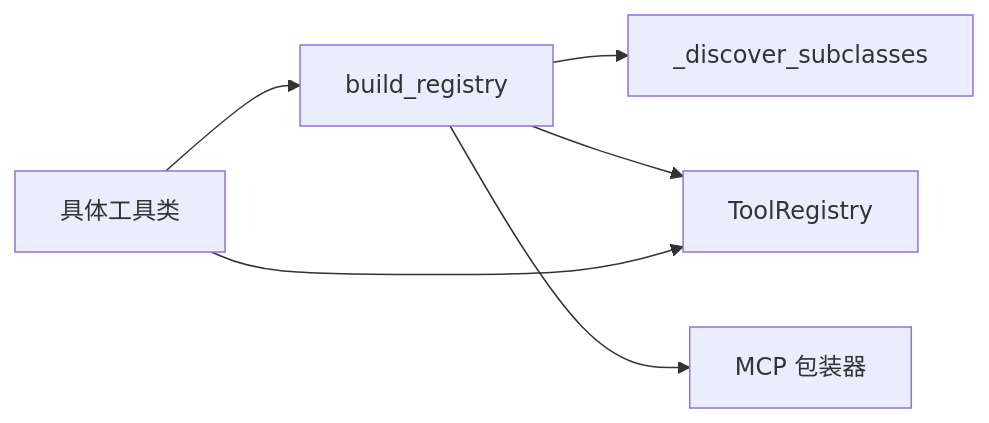
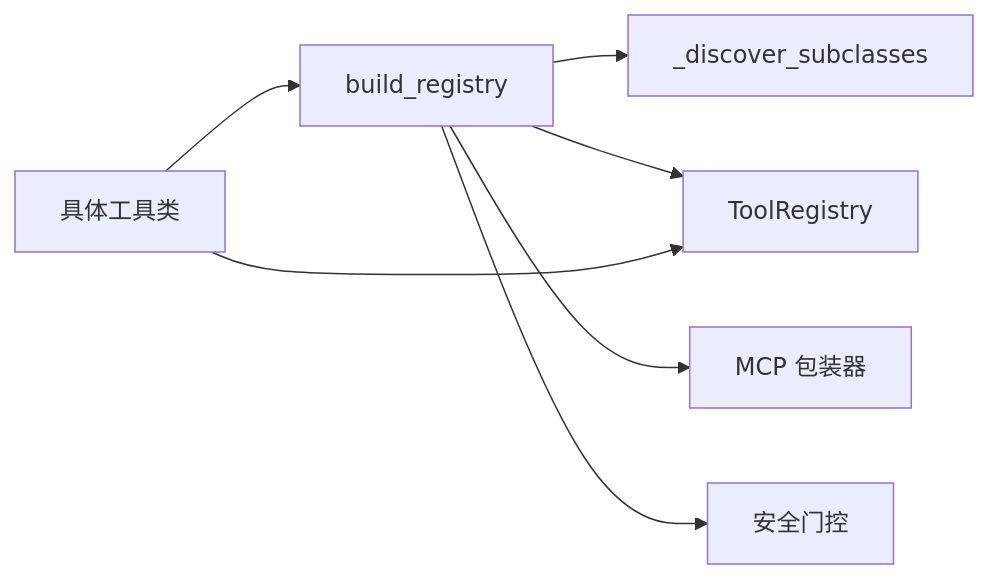
One commit to 20012002er/Vibe-Trading changed the seventh of 7 diagrams in .qoder/repowiki/zh/content/AI代理系统/工具系统/工具注册机制.md. Above: the diagram before and after it, drawn with Mermaid. The commit also changed other lines of this file and 7 other files, not shown here.

````diff
--- a/.qoder/repowiki/zh/content/AI代理系统/工具系统/工具注册机制.md
+++ b/.qoder/repowiki/zh/content/AI代理系统/工具系统/工具注册机制.md
@@ -291,8 +290,9 @@
 ```mermaid
 graph LR
 BR["build_registry"] --> DS["_discover_subclasses"]
 BR --> TR["ToolRegistry"]
 BR --> MCPW["MCP 包装器"]
+BR --> SEC["安全门控"]
 Tools["具体工具类"] --> BR
 Tools --> TR
 ```
````
